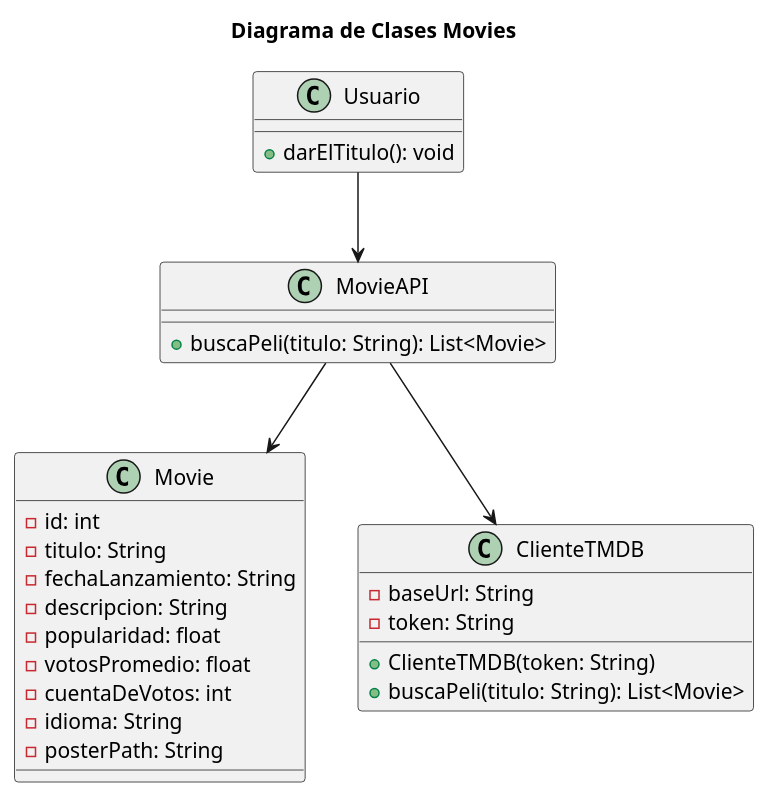
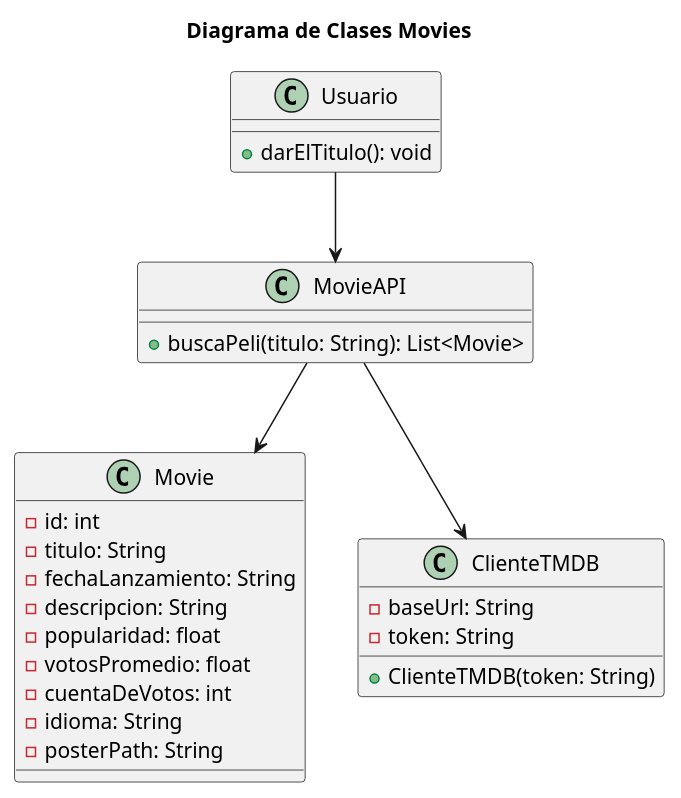
Before and after one commit to Dakewer/Consumir-API---TheMovieDB: the diagram in UML.puml, drawn with PlantUML. The commit also changed 1 other file, not shown here.

```diff
--- a/UML.puml
+++ b/UML.puml
@@ -1,32 +1,32 @@
 @startuml
 title Diagrama de Clases Movies
 class Usuario {
   +darElTitulo(): void
 }
 
 class MovieAPI {
   +buscaPeli(titulo: String): List<Movie>
 }
 
 class Movie {
   -id: int
   -titulo: String
   -fechaLanzamiento: String
   -descripcion: String
   -popularidad: float
   -votosPromedio: float
   -cuentaDeVotos: int
   -idioma: String
   -posterPath: String
 }
 class ClienteTMDB {
   -baseUrl: String
   -token: String
   +ClienteTMDB(token: String)
-  +buscaPeli(titulo: String): List<Movie>
+
 }
 Usuario --> MovieAPI
 MovieAPI --> Movie
 MovieAPI --> ClienteTMDB
 
 @enduml
```
